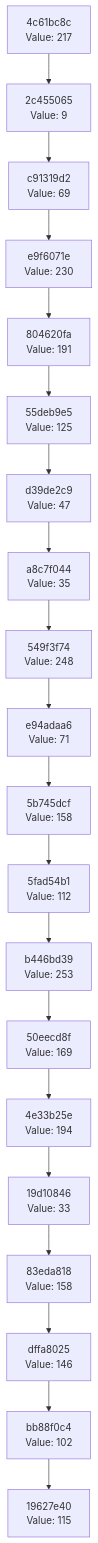
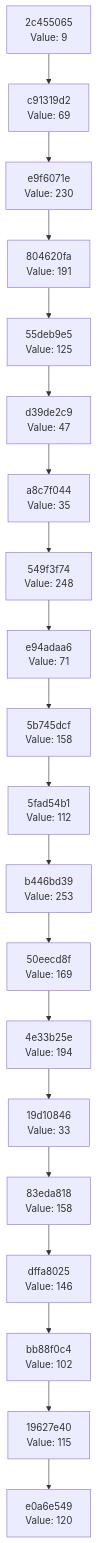
Before and after one commit to Abhisheksinha1506/hash-chain-evolver: the diagram in docs/CHAIN_VISUALIZATION.md, drawn with Mermaid. The commit also changed 3 other files, not shown here.

````diff
--- a/docs/CHAIN_VISUALIZATION.md
+++ b/docs/CHAIN_VISUALIZATION.md
@@ -3,42 +3,42 @@
 ```mermaid
 graph TD
-    C0["19627e40<br/>Value: 115"]
-    C1["bb88f0c4<br/>Value: 102"]
+    C0["e0a6e549<br/>Value: 120"]
+    C1["19627e40<br/>Value: 115"]
     C1 --> C0
-    C2["dffa8025<br/>Value: 146"]
+    C2["bb88f0c4<br/>Value: 102"]
     C2 --> C1
-    C3["83eda818<br/>Value: 158"]
+    C3["dffa8025<br/>Value: 146"]
     C3 --> C2
-    C4["19d10846<br/>Value: 33"]
+    C4["83eda818<br/>Value: 158"]
     C4 --> C3
-    C5["4e33b25e<br/>Value: 194"]
+    C5["19d10846<br/>Value: 33"]
     C5 --> C4
-    C6["50eecd8f<br/>Value: 169"]
+    C6["4e33b25e<br/>Value: 194"]
     C6 --> C5
-    C7["b446bd39<br/>Value: 253"]
+    C7["50eecd8f<br/>Value: 169"]
     C7 --> C6
-    C8["5fad54b1<br/>Value: 112"]
+    C8["b446bd39<br/>Value: 253"]
     C8 --> C7
-    C9["5b745dcf<br/>Value: 158"]
+    C9["5fad54b1<br/>Value: 112"]
     C9 --> C8
-    C10["e94adaa6<br/>Value: 71"]
+    C10["5b745dcf<br/>Value: 158"]
     C10 --> C9
-    C11["549f3f74<br/>Value: 248"]
+    C11["e94adaa6<br/>Value: 71"]
     C11 --> C10
-    C12["a8c7f044<br/>Value: 35"]
+    C12["549f3f74<br/>Value: 248"]
     C12 --> C11
-    C13["d39de2c9<br/>Value: 47"]
+    C13["a8c7f044<br/>Value: 35"]
     C13 --> C12
-    C14["55deb9e5<br/>Value: 125"]
+    C14["d39de2c9<br/>Value: 47"]
     C14 --> C13
-    C15["804620fa<br/>Value: 191"]
+    C15["55deb9e5<br/>Value: 125"]
     C15 --> C14
-    C16["e9f6071e<br/>Value: 230"]
+    C16["804620fa<br/>Value: 191"]
     C16 --> C15
-    C17["c91319d2<br/>Value: 69"]
+    C17["e9f6071e<br/>Value: 230"]
     C17 --> C16
-    C18["2c455065<br/>Value: 9"]
+    C18["c91319d2<br/>Value: 69"]
     C18 --> C17
-    C19["4c61bc8c<br/>Value: 217"]
+    C19["2c455065<br/>Value: 9"]
     C19 --> C18
 ```
````
